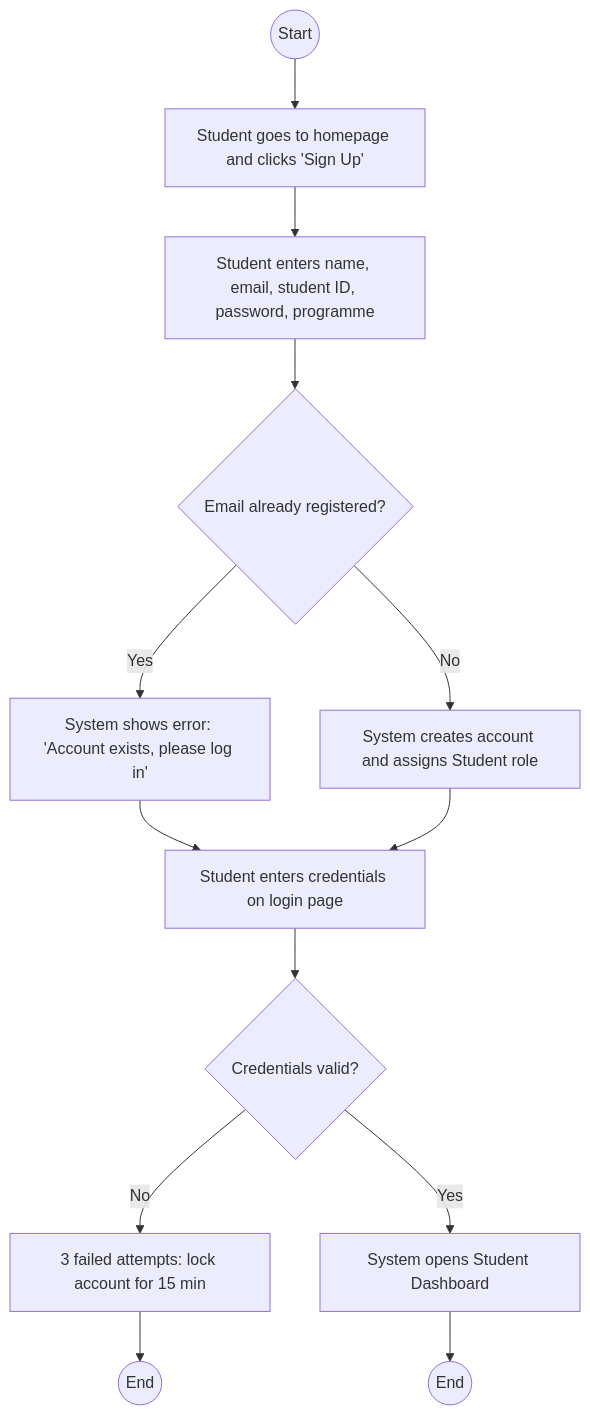
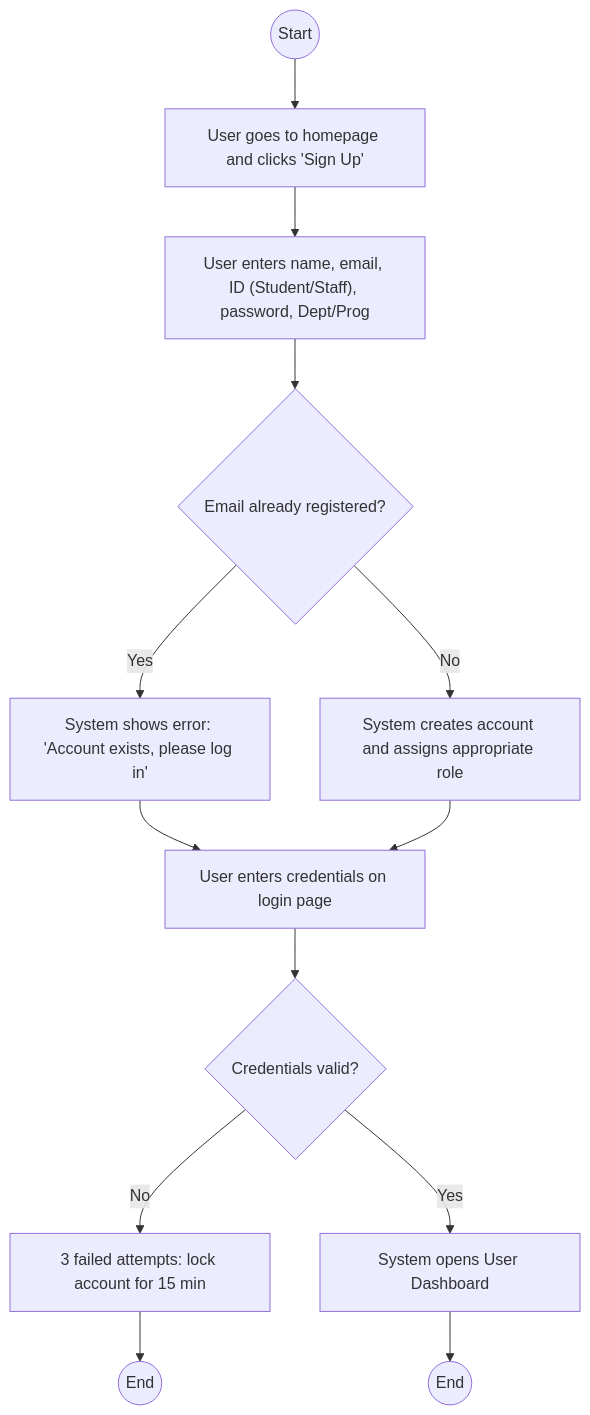
One commit to wingkit123/QuestLearn changed the first of 9 diagrams in part-i/Activity-Diagrams.md. Above: the diagram before and after it, drawn with Mermaid. The commit also changed 16 other files, not shown here.

````diff
--- a/part-i/Activity-Diagrams.md
+++ b/part-i/Activity-Diagrams.md
@@ -7,15 +7,15 @@
 ```mermaid
 flowchart TD
-    A((Start)) --> B["Student goes to homepage and clicks 'Sign Up'"]
-    B --> C["Student enters name, email, student ID, password, programme"]
+    A((Start)) --> B["User goes to homepage and clicks 'Sign Up'"]
+    B --> C["User enters name, email, ID (Student/Staff), password, Dept/Prog"]
     C --> D{"Email already registered?"}
     D -- Yes --> E["System shows error: 'Account exists, please log in'"]
-    D -- No --> F["System creates account and assigns Student role"]
-    E --> G["Student enters credentials on login page"]
+    D -- No --> F["System creates account and assigns appropriate role"]
+    E --> G["User enters credentials on login page"]
     F --> G
     G --> H{"Credentials valid?"}
     H -- No --> I["3 failed attempts: lock account for 15 min"]
     I --> N1((End))
-    H -- Yes --> J["System opens Student Dashboard"]
+    H -- Yes --> J["System opens User Dashboard"]
     J --> N2((End))
 ```
````
